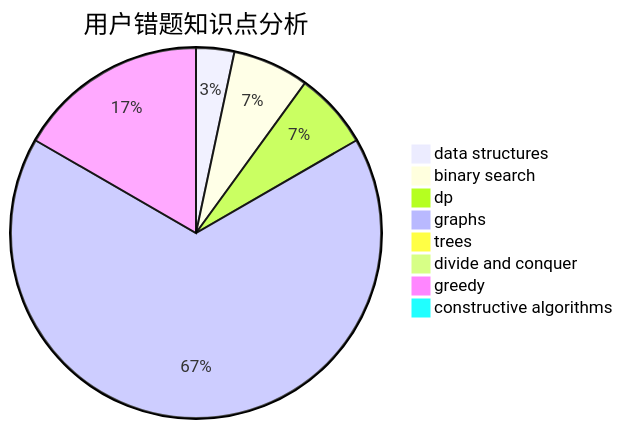
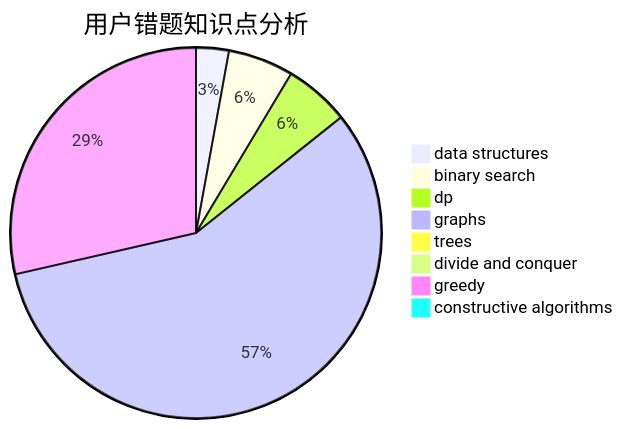
One commit to sherpahu/cfrs.github.io changed the third of 3 diagrams in docs/user/u2408.md. Above: the diagram before and after it, drawn with Mermaid. The commit also changed other lines of this file and 2770 other files, not shown here.

````diff
--- a/docs/user/u2408.md
+++ b/docs/user/u2408.md
@@ -36,11 +36,11 @@
 ```mermaid
 pie title 用户错题知识点分析
     "data structures" :  1
     "binary search" :  2
     "dp" :  2
     "graphs" :  20
     "trees" :  0
     "divide and conquer" :  0
-    "greedy" :  5
+    "greedy" :  10
     "constructive algorithms" :  0
 ```
````
